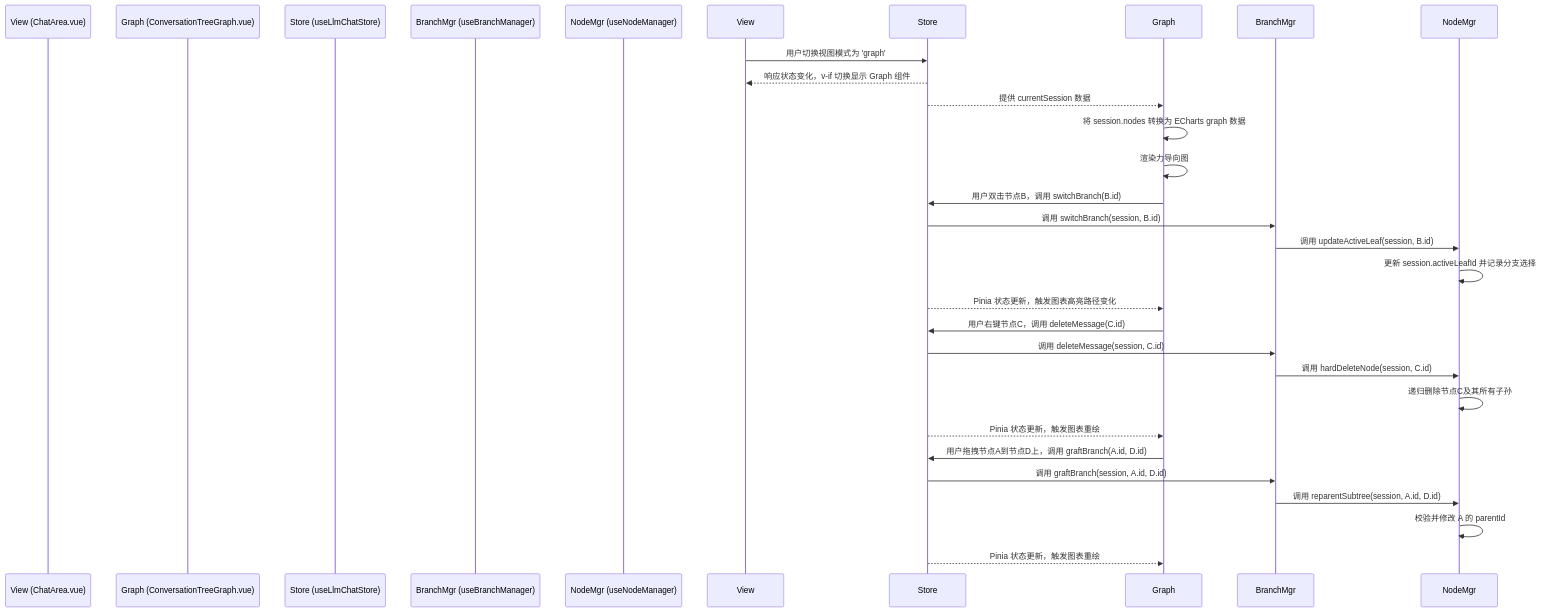
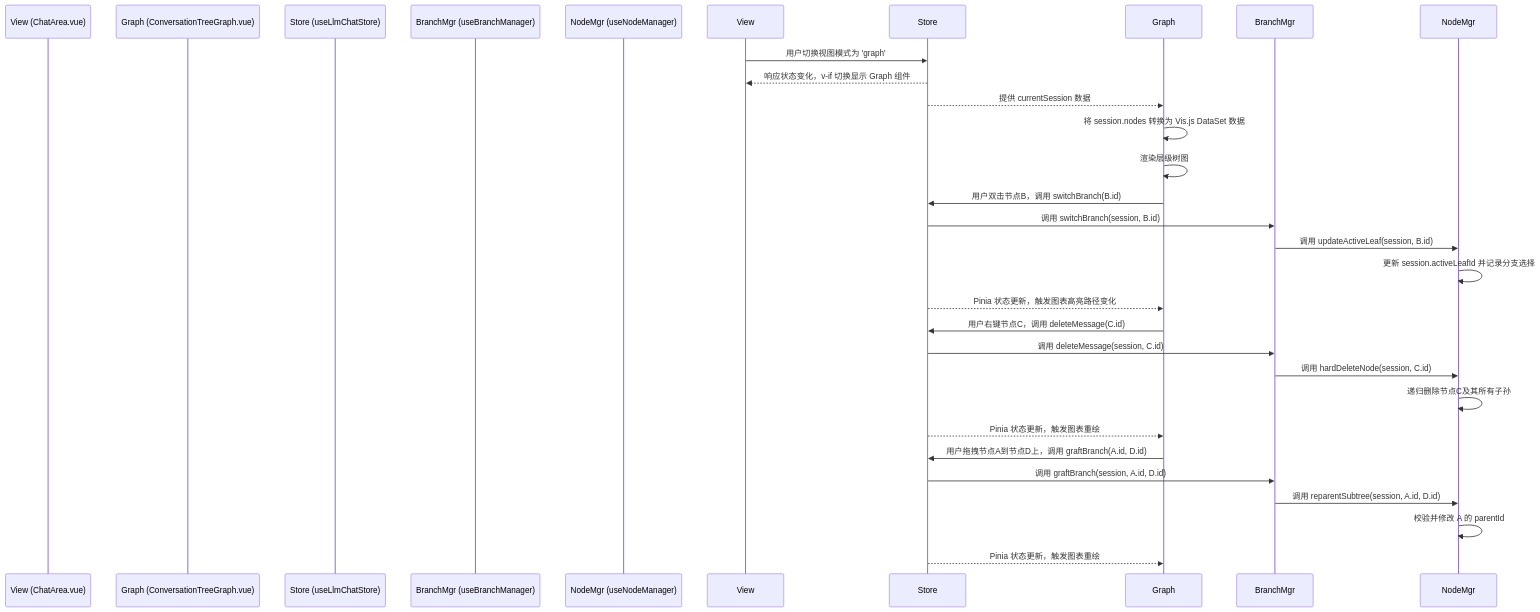
Before and after one commit to miaotouy/aio-hub: the diagram in src/tools/llm-chat/features/conversation-tree-graph/DESIGN.md, drawn with Mermaid. The commit also changed other lines of this file and 5 other files, not shown here.

First line of the commit message:
feat(conversation-tree): 迁移会话树图从 ECharts 到 Vis.js

````diff
--- a/src/tools/llm-chat/features/conversation-tree-graph/DESIGN.md
+++ b/src/tools/llm-chat/features/conversation-tree-graph/DESIGN.md
@@ -30,37 +33,37 @@
 ```mermaid
 sequenceDiagram
     participant View (ChatArea.vue)
     participant Graph (ConversationTreeGraph.vue)
     participant Store (useLlmChatStore)
     participant BranchMgr (useBranchManager)
     participant NodeMgr (useNodeManager)
 
     View->>Store: 用户切换视图模式为 'graph'
     Store-->>View: 响应状态变化，v-if 切换显示 Graph 组件
     
     %% 数据读取与渲染
     Store-->>Graph: 提供 currentSession 数据
-    Graph->>Graph: 将 session.nodes 转换为 ECharts graph 数据
-    Graph->>Graph: 渲染力导向图
+    Graph->>Graph: 将 session.nodes 转换为 Vis.js DataSet 数据
+    Graph->>Graph: 渲染层级树图
 
     %% 交互：切换分支
     Graph->>Store: 用户双击节点B，调用 switchBranch(B.id)
     Store->>BranchMgr: 调用 switchBranch(session, B.id)
     BranchMgr->>NodeMgr: 调用 updateActiveLeaf(session, B.id)
     NodeMgr->>NodeMgr: 更新 session.activeLeafId 并记录分支选择
     Store-->>Graph: Pinia 状态更新，触发图表高亮路径变化
 
     %% 交互：剪枝
     Graph->>Store: 用户右键节点C，调用 deleteMessage(C.id)
     Store->>BranchMgr: 调用 deleteMessage(session, C.id)
     BranchMgr->>NodeMgr: 调用 hardDeleteNode(session, C.id)
     NodeMgr->>NodeMgr: 递归删除节点C及其所有子孙
     Store-->>Graph: Pinia 状态更新，触发图表重绘
 
     %% 交互：嫁接
     Graph->>Store: 用户拖拽节点A到节点D上，调用 graftBranch(A.id, D.id)
     Store->>BranchMgr: 调用 graftBranch(session, A.id, D.id)
     BranchMgr->>NodeMgr: 调用 reparentSubtree(session, A.id, D.id)
     NodeMgr->>NodeMgr: 校验并修改 A 的 parentId
     Store-->>Graph: Pinia 状态更新，触发图表重绘
 ```
````
